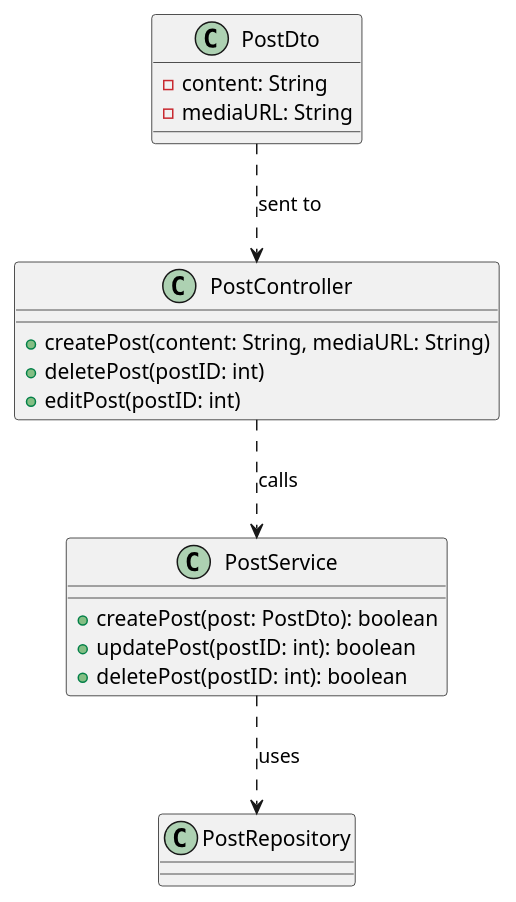
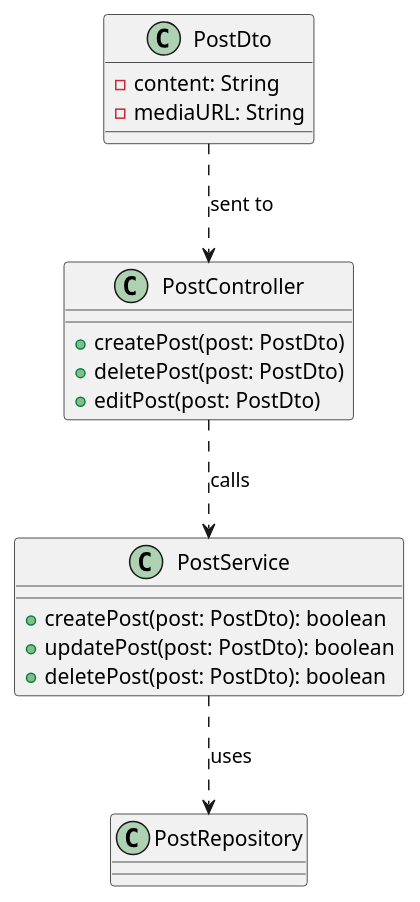
Before and after one commit to implaymo/Social-Media-Platform: the diagram in Diagrams/US02/US_02_class_diagram.puml, drawn with PlantUML. The commit also changed 5 other files, not shown here.

Commit message:
Add postId to postDto because i will need to edit posts. Implement PostService and tests related.

```diff
--- a/Diagrams/US02/US_02_class_diagram.puml
+++ b/Diagrams/US02/US_02_class_diagram.puml
@@ -1,26 +1,26 @@
 @startuml
 
 class PostService {
     + createPost(post: PostDto): boolean
-    + updatePost(postID: int): boolean
-    + deletePost(postID: int): boolean
+    + updatePost(post: PostDto): boolean
+    + deletePost(post: PostDto): boolean
 }
 
 class PostController {
-    + createPost(content: String, mediaURL: String)
-    + deletePost(postID: int)
-    + editPost(postID: int)
+    + createPost(post: PostDto)
+    + deletePost(post: PostDto)
+    + editPost(post: PostDto)
 }
 
 class PostDto {
     -content: String
     -mediaURL: String
 }
 
 
 PostDto ..> PostController: sent to
 PostController ..> PostService: calls
 PostService ..> PostRepository: uses
 
 
 @enduml
```
